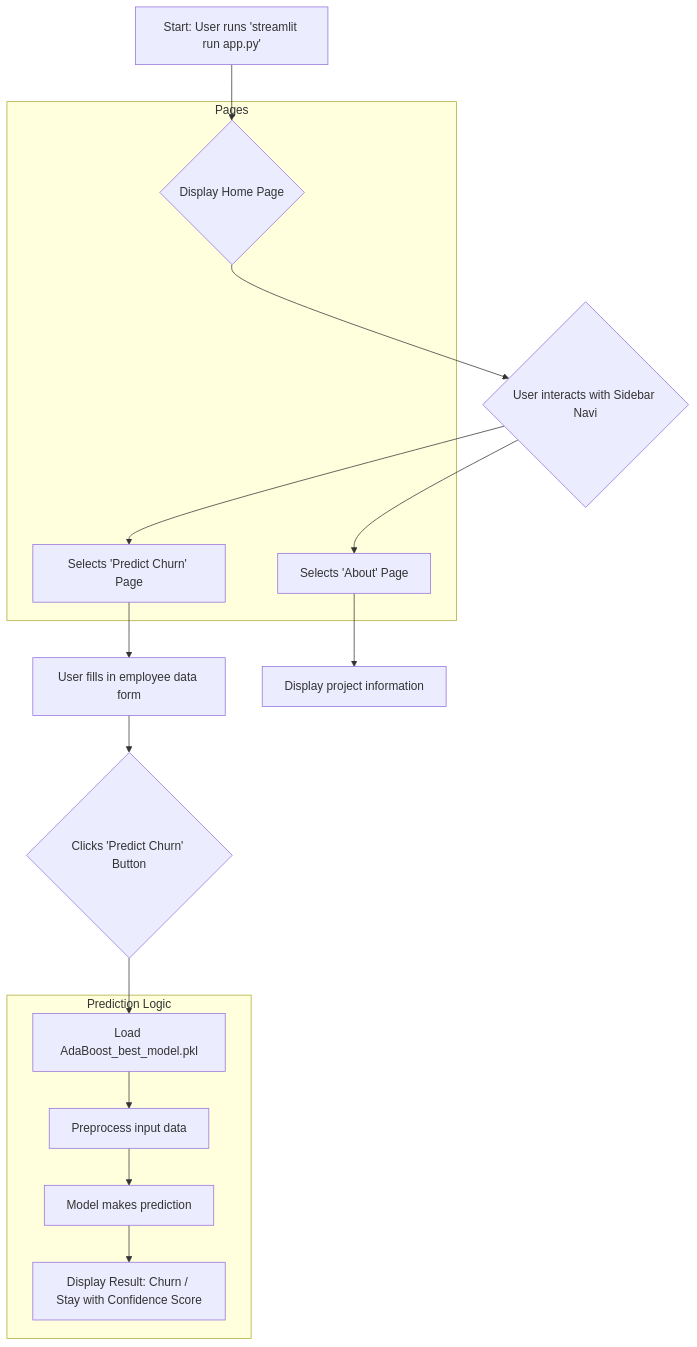
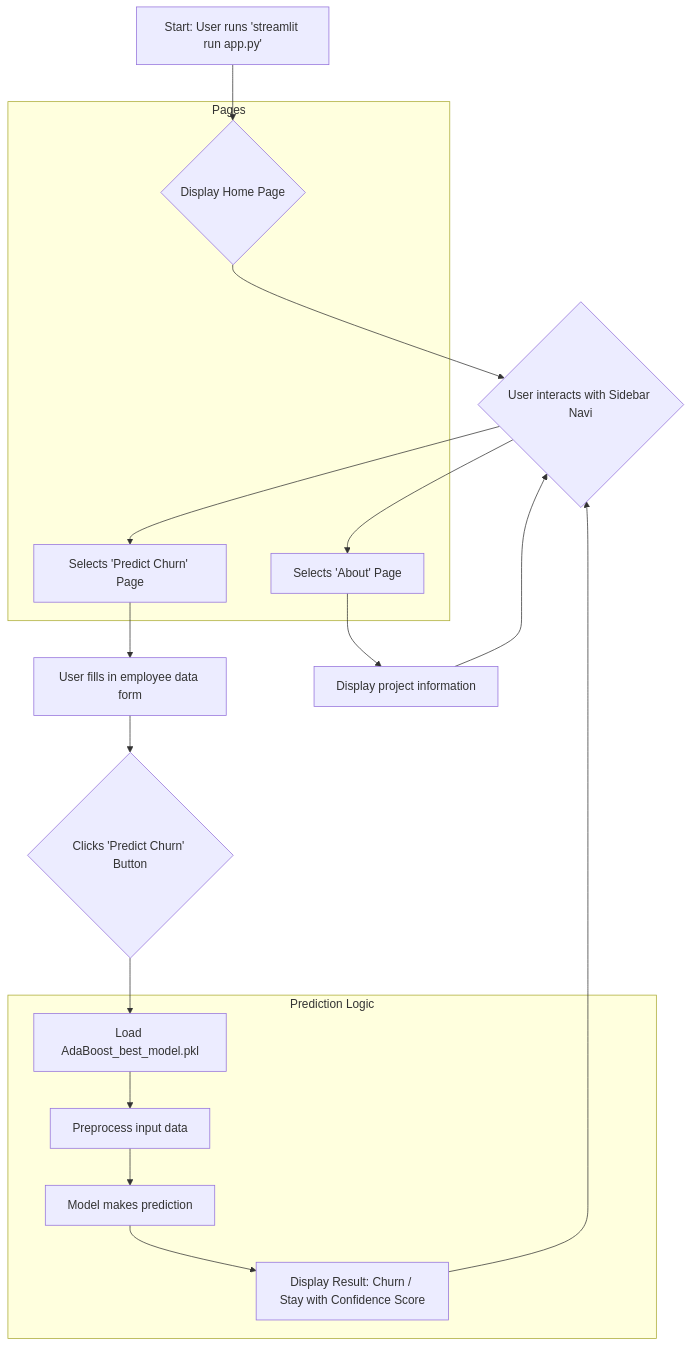
Before and after one commit to tejasnarkhede2005/HR-Employee-Contribution-Model: the diagram in README.md, drawn with Mermaid.

````diff
--- a/README.md
+++ b/README.md
@@ -5,30 +5,33 @@
 ```mermaid
 graph TD
     A[Start: User runs 'streamlit run app.py'] --> B{Display Home Page};
     B --> C{User interacts with Sidebar Navi};
     
     C --> D[Selects 'Predict Churn' Page];
     D --> E[User fills in employee data form];
     E --> F{Clicks 'Predict Churn' Button};
     F --> G[Load AdaBoost_best_model.pkl];
     G --> H[Preprocess input data];
     H --> I[Model makes prediction];
     I --> J[Display Result: Churn / Stay with Confidence Score];
     
     C --> K[Selects 'About' Page];
     K --> L[Display project information];
 
     subgraph "Prediction Logic"
         G
         H
         I
         J
     end
 
     subgraph "Pages"
         B
         D
         K
     end
 
+    J --> C;
+    L --> C;
+
 ```
````
